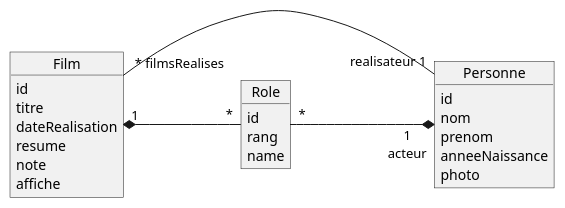
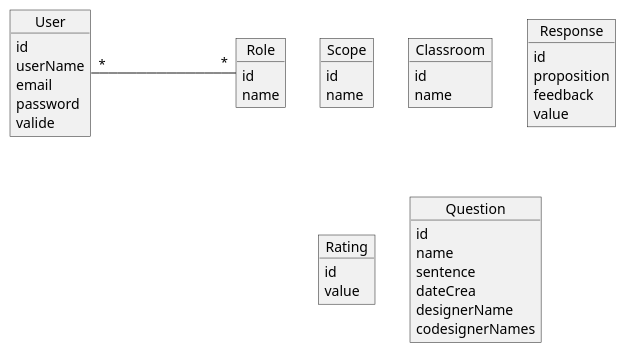
Before and after one commit to ocapuozzo/quizbe: the diagram in docs/analyse.puml, drawn with PlantUML.

Commit message:
start analyse.puml

```diff
--- a/docs/analyse.puml
+++ b/docs/analyse.puml
@@ -1,29 +1,49 @@
 @startuml
 ' https://plantuml.com/fr/class-diagram
-Object Film{
+Object Scope {
 id
-titre
-dateRealisation
-resume
-note
-affiche
+name
 }
-Object Personne{
+
+Object Classroom {
 id
-nom
-prenom
-anneeNaissance
-photo
+name
+}
+
+Object Response {
+id
+proposition
+feedback
+value
+}
+
+Object Rating {
+id
+value
+}
+
+Object Question{
+id
+name
+sentence
+dateCrea
+designerName
+codesignerNames
+}
+
+Object User{
+id
+userName
+email
+password
+valide
 }
 
 Object Role {
 id
-rang
 name
 }
 
-Film " * filmsRealises" - "realisateur 1" Personne :"\t\t\t\t"
-Film "1" *- "*" Role :"\t\t\t"
-Role "*" -* "1\nacteur" Personne:"\t\t\t\t"
+User "*" - "*" Role:"\t\t\t\t"
 
 @enduml
```
